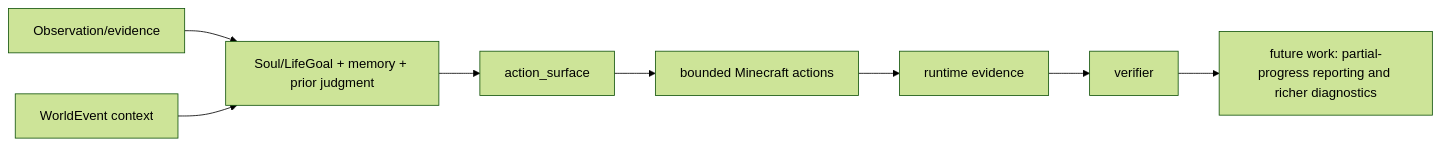
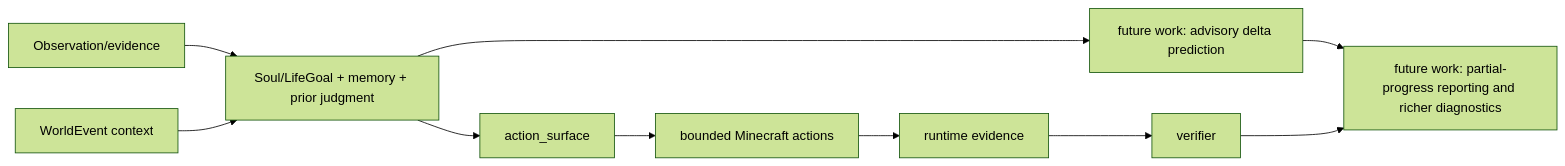
Before and after one commit to gigio1023/minecraft-llm-agent-community: the second of 2 diagrams in project-docs/intro.md, drawn with Mermaid (forest theme). The commit also changed other lines of this file and 34 other files, not shown here.

````diff
--- a/project-docs/intro.md
+++ b/project-docs/intro.md
@@ -88,19 +104,22 @@
 ```mermaid
 flowchart LR
   Observation["Observation/evidence"]
   Event["WorldEvent context"]
   Context["Soul/LifeGoal + memory + prior judgment"]
   Surface["action_surface"]
   Action["bounded Minecraft actions"]
   Evidence["runtime evidence"]
   Verifier["verifier"]
+  WAM["future work: advisory delta prediction"]
   Future["future work: partial-progress reporting and richer diagnostics"]
 
   Observation --> Context
   Event --> Context
   Context --> Surface
   Surface --> Action
+  Context --> WAM
   Action --> Evidence
   Evidence --> Verifier
+  WAM --> Future
   Verifier --> Future
 ```
````
